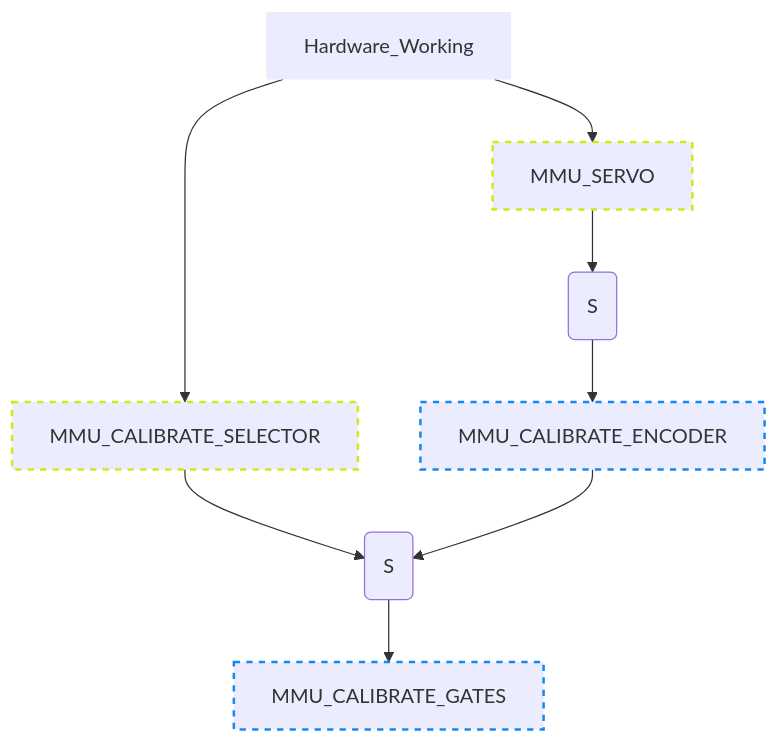
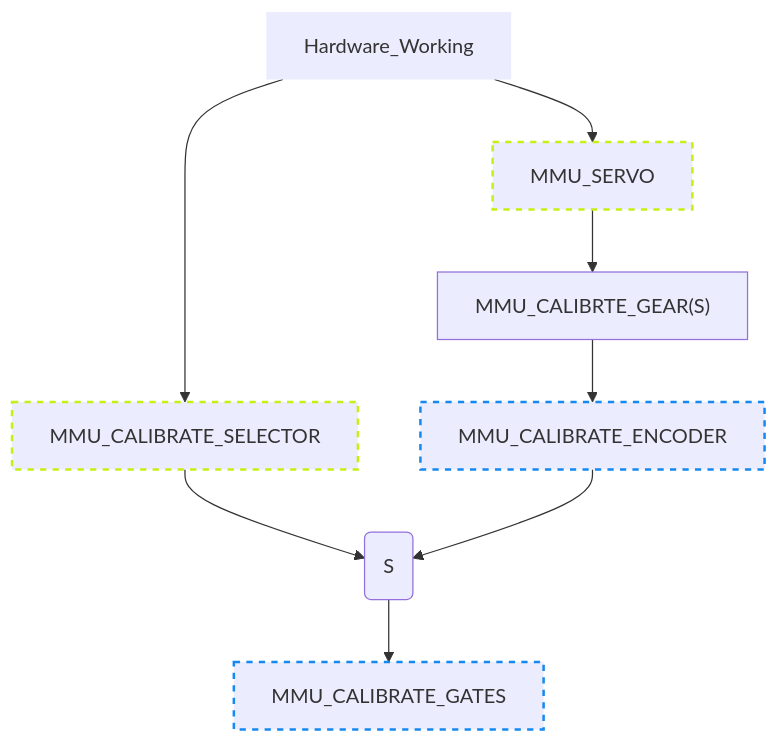
One commit to 3DCoded/Happy-Hare changed the first of 2 diagrams in MMU-Calibration.md. Above: the diagram before and after it, drawn with Mermaid.

````diff
--- a/MMU-Calibration.md
+++ b/MMU-Calibration.md
@@ -22,16 +22,16 @@
 ```mermaid
 graph TD;
     Hardware_Working --> MMU_SERVO
     Hardware_Working --> MMU_CALIBRATE_SELECTOR
     MMU_CALIBRATE_SELECTOR --> MMU_CALIBRATE_BOWDEN
-    MMU_SERVO --> MMU_CALIBRATE_GEAR(S)
-    MMU_CALIBRATE_GEAR(S) --> MMU_CALIBRATE_ENCODER
+    MMU_SERVO --> MMU_CALIBRATE_GEAR["MMU_CALIBRTE_GEAR(S)"]
+    MMU_CALIBRATE_GEAR --> MMU_CALIBRATE_ENCODER
     MMU_CALIBRATE_ENCODER --> MMU_CALIBRATE_BOWDEN(S)
     MMU_CALIBRATE_BOWDEN(S) --> MMU_CALIBRATE_GATES
 
     style Hardware_Working stroke-width:0px
     style MMU_SERVO stroke-dasharray: 5 5, stroke:#c5f015, stroke-width:2px
     style MMU_CALIBRATE_SELECTOR stroke-dasharray: 5 5, stroke:#c5f015, stroke-width:2px
     style MMU_CALIBRATE_ENCODER stroke-dasharray: 5 5, stroke:#1589f0, stroke-width:2px
     style MMU_CALIBRATE_GATES stroke-dasharray: 5 5, stroke:#1589f0, stroke-width:2px
 ```
````
